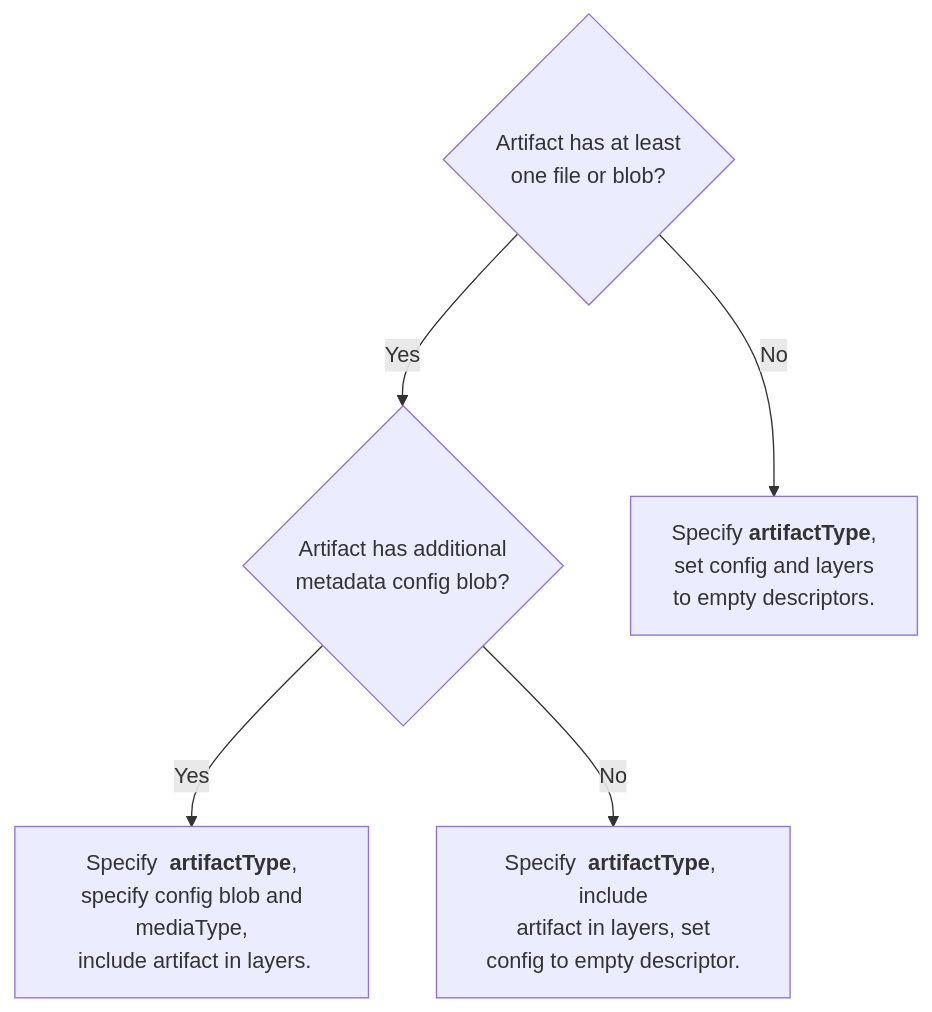
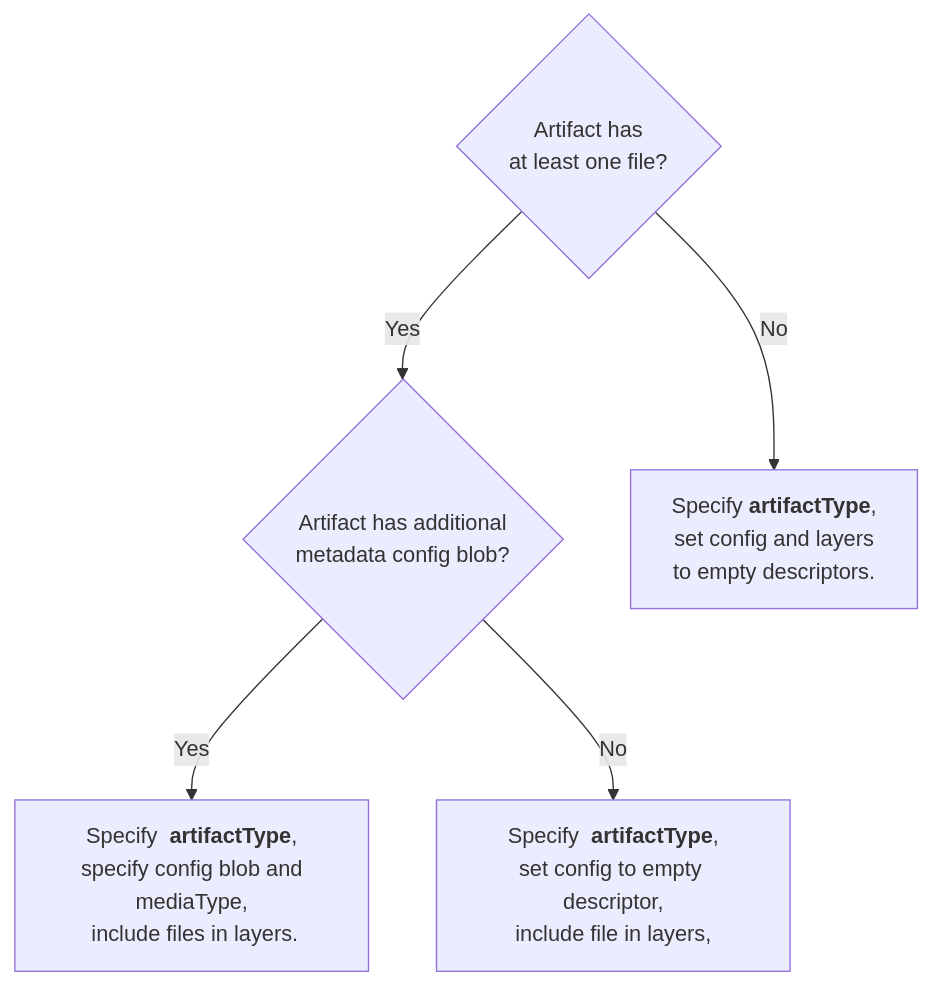
Before and after one commit to oras-project/oras-www: the second of 2 diagrams in docs/concepts/artifact.mdx, drawn with Mermaid. The commit also changed other lines of this file, not shown here.

Commit message:
addressed more PR feedback

````diff
--- a/docs/concepts/artifact.mdx
+++ b/docs/concepts/artifact.mdx
@@ -199,14 +200,14 @@
 ```mermaid
-graph TD
-    HasBlob{Artifact has at least<br>one file or blob?}
-    HasConfigData{Artifact has additional<br> metadata config blob?}
-    
-    Artifact_NoBlobs[Specify <b>artifactType</b>,<br>set config and layers<br>to empty descriptors.]
-    Artifact_NoConfig[Specify  <b>artifactType</b>, include<br>artifact in layers, set<br>config to empty descriptor.]
-    Artifact_WithConfig[Specify  <b>artifactType</b>,<br> specify config blob and mediaType,<br> include artifact in layers.]
+flowchart TD
+  HasBlob{Artifact has<br>at least one file?}
+  HasConfigData{Artifact has additional<br> metadata config blob?}
+  
+  Artifact_NoBlobs[Specify <b>artifactType</b>,<br>set config and layers<br>to empty descriptors.]
+  Artifact_NoConfig[Specify  <b>artifactType</b>,<br>set config to empty descriptor,<br>include file in layers, ]
+  Artifact_WithConfig[Specify  <b>artifactType</b>,<br> specify config blob and mediaType,<br> include files in layers.]
 
-    HasBlob -- No --> Artifact_NoBlobs
-    HasBlob -- Yes --> HasConfigData
-    HasConfigData -- Yes --> Artifact_WithConfig
-    HasConfigData -- No --> Artifact_NoConfig
+  HasBlob -- No --> Artifact_NoBlobs
+  HasBlob -- Yes --> HasConfigData
+  HasConfigData -- Yes --> Artifact_WithConfig
+  HasConfigData -- No --> Artifact_NoConfig
 ```
````
